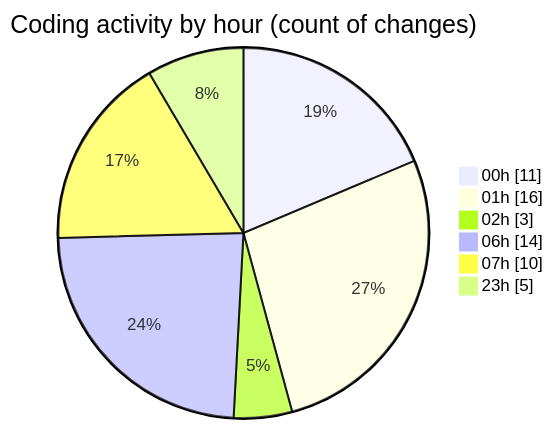
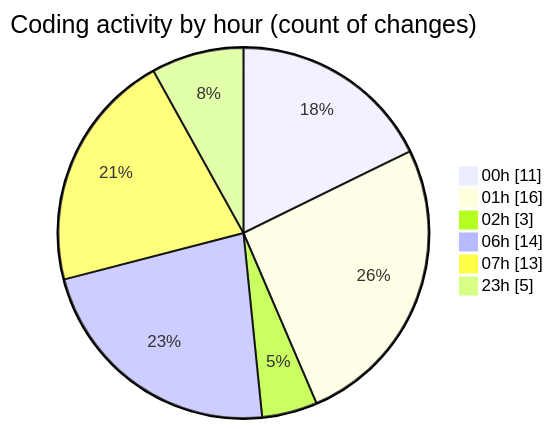
Before and after one commit to Elitesun/code-tracking: the second of 2 diagrams in 2025-02-21/projet/README.md, drawn with Mermaid. The commit also changed other lines of this file and 1 other file, not shown here.

````diff
--- a/2025-02-21/projet/README.md
+++ b/2025-02-21/projet/README.md
@@ -39,10 +39,10 @@
 ```mermaid
 pie showData
 title Coding activity by hour (count of changes)
 "00h" : 11
 "01h" : 16
 "02h" : 3
 "06h" : 14
-"07h" : 10
+"07h" : 13
 "23h" : 5
 ```
````
